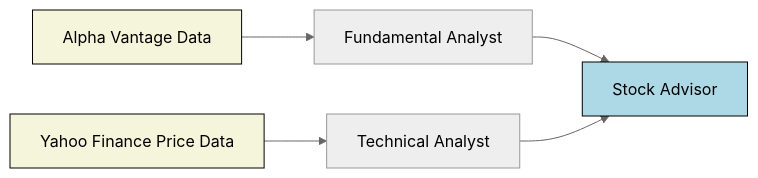
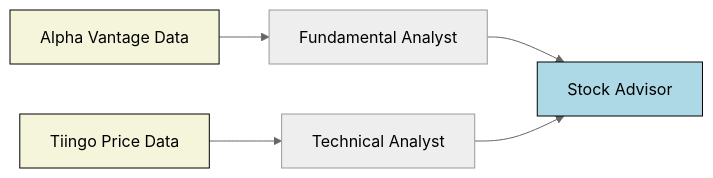
One commit to ivarurdalen/finmas changed the diagram in docs/include/diagrams/crews/market_data.mmd. Above: the diagram before and after it, drawn with Mermaid. The commit also changed 7 other files, not shown here.

Commit message:
:memo: docs: change all references from Yahoo Finance to Tiingo for price data

```diff
--- a/docs/include/diagrams/crews/market_data.mmd
+++ b/docs/include/diagrams/crews/market_data.mmd
@@ -1,16 +1,16 @@
 ---
 config:
   look: classic
   theme: neutral
 ---
 flowchart LR
     AV["Alpha Vantage Data"] --> F["Fundamental Analyst"]
     F --> A["Stock Advisor"]
-    TA["Yahoo Finance Price Data"] --> T["Technical Analyst"]
+    TA["Tiingo Price Data"] --> T["Technical Analyst"]
     T --> A
 
     classDef beige fill:#F5F5DC,stroke:black
     class AV,TA beige
 
     classDef lightBlue fill:#ADD8E6,stroke:black
     class A lightBlue
```
